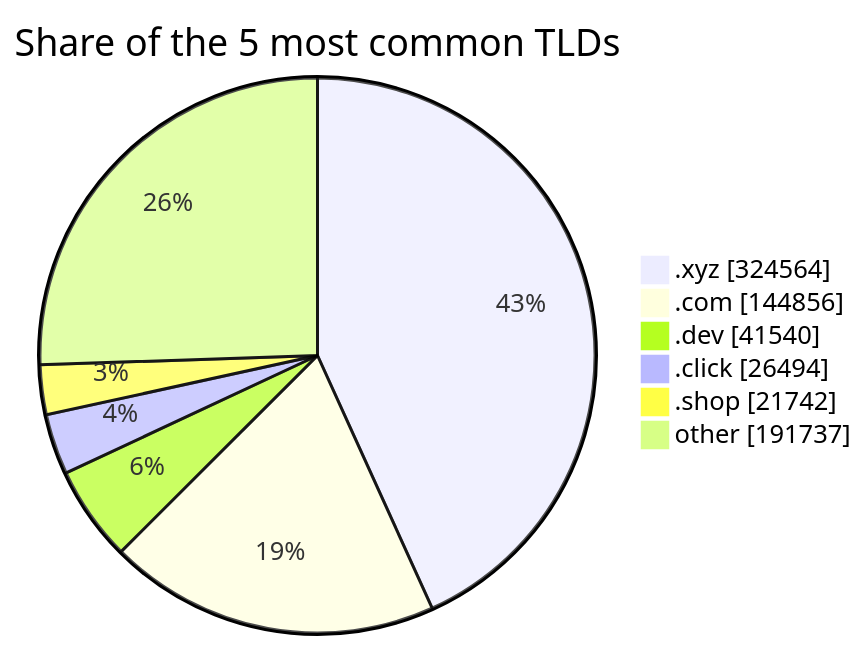
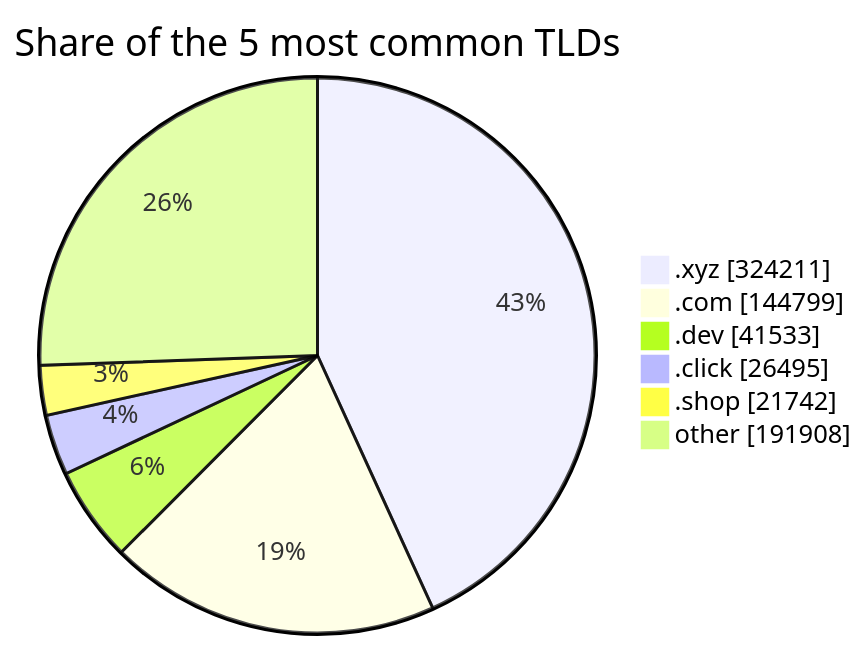
Before and after one commit to DNSBunker/CTI: the third of 3 diagrams in README.md, drawn with Mermaid. The commit also changed other lines of this file and 3 other files, not shown here.

````diff
--- a/README.md
+++ b/README.md
@@ -81,9 +81,9 @@
 ```mermaid
 pie showData title Share of the 5 most common TLDs
-    ".xyz" : 324564
-    ".com" : 144856
-    ".dev" : 41540
-    ".click" : 26494
+    ".xyz" : 324211
+    ".com" : 144799
+    ".dev" : 41533
+    ".click" : 26495
     ".shop" : 21742
-    "other" : 191737
+    "other" : 191908
 ```
````
